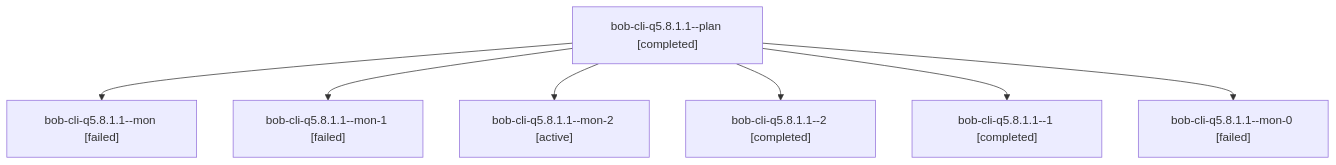
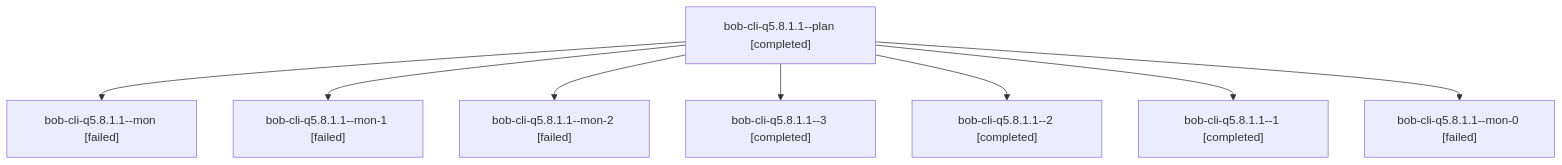
Before and after one commit to bobs-org/bob-cli--agents: the diagram in sessions/bbugyi200.athena.bob-cli-q5.8.1.1.md, drawn with Mermaid. The commit also changed other lines of this file and 167 other files, not shown here.

````diff
--- a/sessions/bbugyi200.athena.bob-cli-q5.8.1.1.md
+++ b/sessions/bbugyi200.athena.bob-cli-q5.8.1.1.md
@@ -9,16 +9,18 @@
 ```mermaid
 flowchart TD
   n0["bob-cli-q5.8.1.1--plan [completed]"]
   n1["bob-cli-q5.8.1.1--mon [failed]"]
   n0 --> n1
   n2["bob-cli-q5.8.1.1--mon-1 [failed]"]
   n0 --> n2
-  n3["bob-cli-q5.8.1.1--mon-2 [active]"]
+  n3["bob-cli-q5.8.1.1--mon-2 [failed]"]
   n0 --> n3
-  n4["bob-cli-q5.8.1.1--2 [completed]"]
+  n4["bob-cli-q5.8.1.1--3 [completed]"]
   n0 --> n4
-  n5["bob-cli-q5.8.1.1--1 [completed]"]
+  n5["bob-cli-q5.8.1.1--2 [completed]"]
   n0 --> n5
-  n6["bob-cli-q5.8.1.1--mon-0 [failed]"]
+  n6["bob-cli-q5.8.1.1--1 [completed]"]
   n0 --> n6
+  n7["bob-cli-q5.8.1.1--mon-0 [failed]"]
+  n0 --> n7
 ```
````
